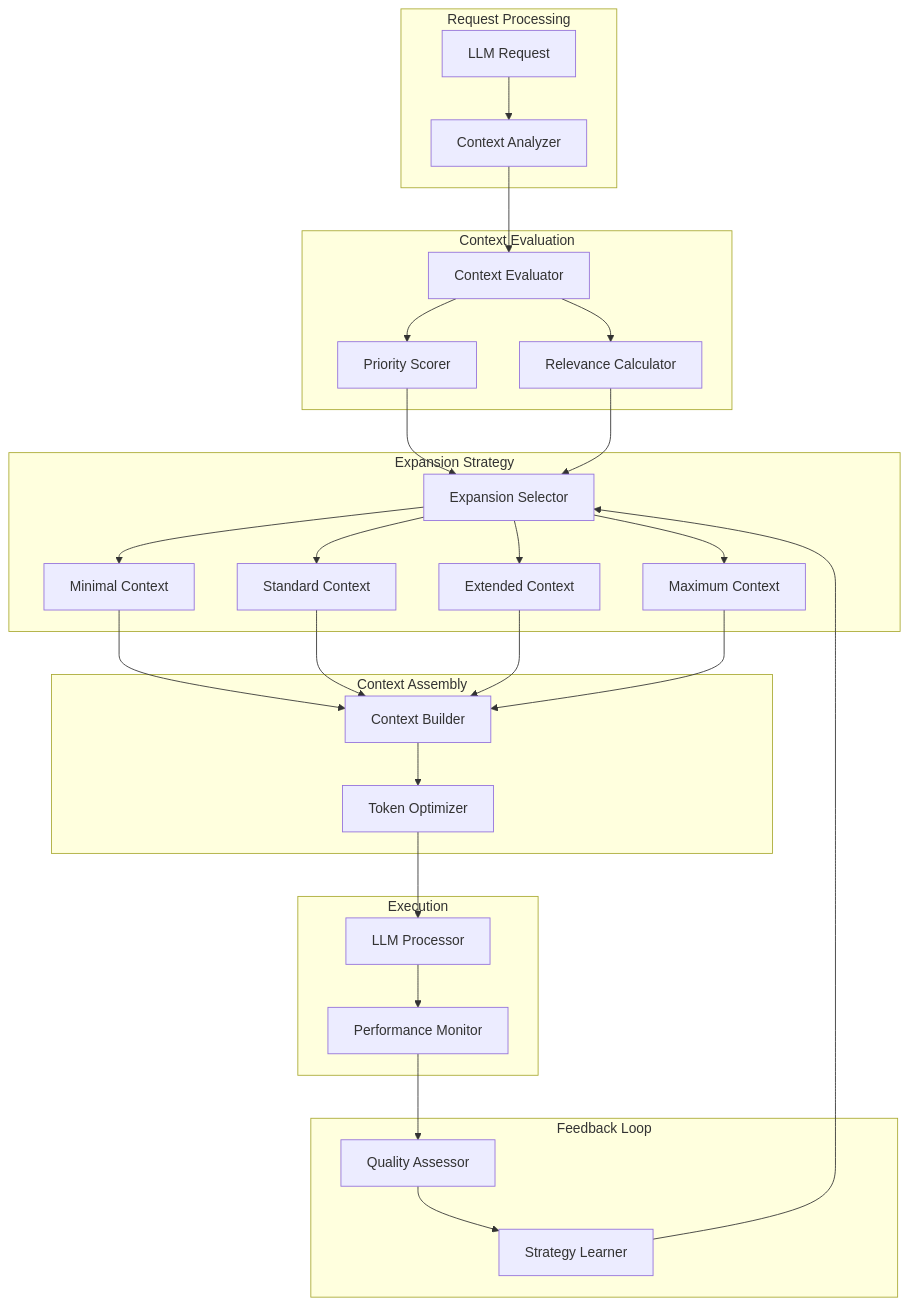
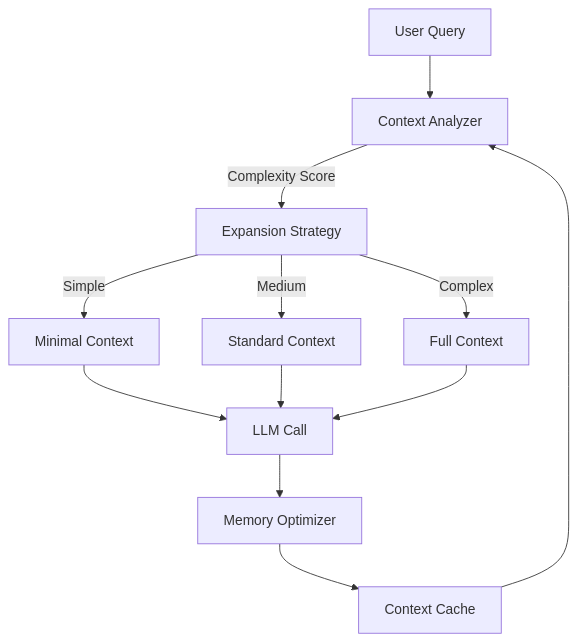
The diagram in docs/operational/DCE.md (GaboBase/gabobase-ASM-docs), drawn with Mermaid before and after one commit. The commit also changed other lines of this file and 3 other files, not shown here.

Commit message:
📚 Add FLSIN, HMMAF, DCE architecture docs

````diff
--- a/docs/operational/DCE.md
+++ b/docs/operational/DCE.md
@@ -9,62 +9,18 @@
 ```mermaid
-graph TB
-    subgraph "Request Processing"
-        Req[LLM Request]
-        CA[Context Analyzer]
-    end
+graph TD
+    Query[User Query] --> Analyzer[Context Analyzer]
+    Analyzer --> |Complexity Score| Strategy[Expansion Strategy]
     
-    subgraph "Context Evaluation"
-        CE[Context Evaluator]
-        PS[Priority Scorer]
-        RC[Relevance Calculator]
-    end
+    Strategy --> |Simple| Minimal[Minimal Context]
+    Strategy --> |Medium| Standard[Standard Context]
+    Strategy --> |Complex| Full[Full Context]
     
-    subgraph "Expansion Strategy"
-        ES[Expansion Selector]
-        Min[Minimal Context]
-        Std[Standard Context]
-        Ext[Extended Context]
-        Max[Maximum Context]
-    end
+    Minimal --> LLM[LLM Call]
+    Standard --> LLM
+    Full --> LLM
     
-    subgraph "Context Assembly"
-        CB[Context Builder]
-        TO[Token Optimizer]
-    end
+    LLM --> Optimizer[Memory Optimizer]
+    Optimizer --> Cache[Context Cache]
     
-    subgraph "Execution"
-        LLM[LLM Processor]
-        Monitor[Performance Monitor]
-    end
-    
-    subgraph "Feedback Loop"
-        QA[Quality Assessor]
-        Learner[Strategy Learner]
-    end
-    
-    Req --> CA
-    CA --> CE
-    CE --> PS
-    CE --> RC
-    
-    PS --> ES
-    RC --> ES
-    
-    ES --> Min
-    ES --> Std
-    ES --> Ext
-    ES --> Max
-    
-    Min --> CB
-    Std --> CB
-    Ext --> CB
-    Max --> CB
-    
-    CB --> TO
-    TO --> LLM
-    LLM --> Monitor
-    
-    Monitor --> QA
-    QA --> Learner
-    Learner --> ES
+    Cache --> Analyzer
 ```
````
